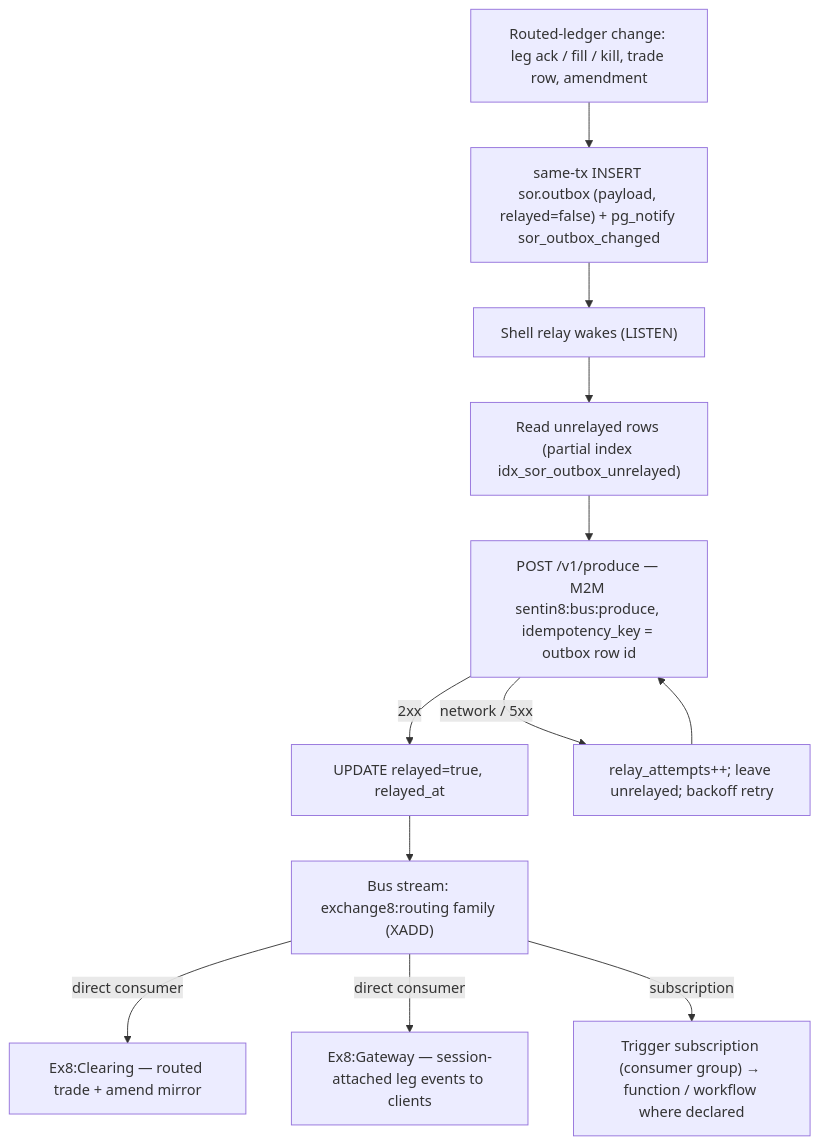
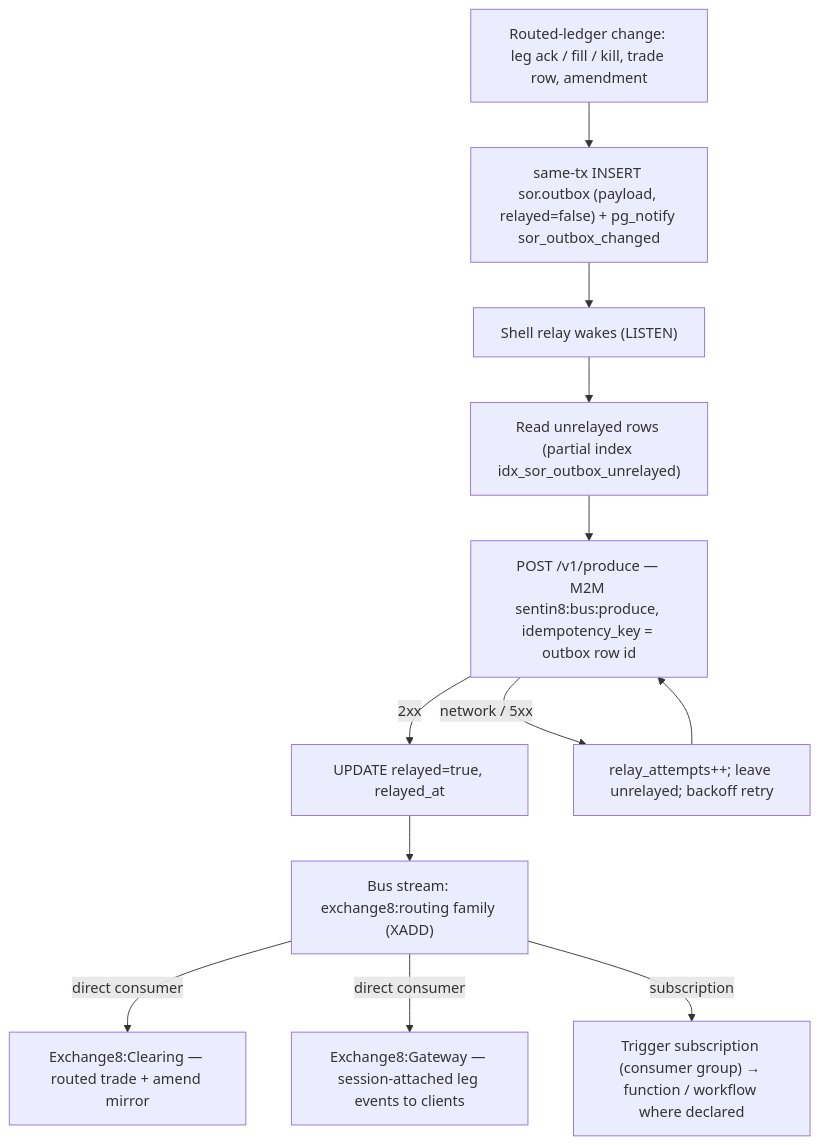
Diagram 12 of 16 in DESIGN.md (Exchange8-dev/exchange8-sor), drawn with Mermaid before and after one commit. The commit also changed other lines of this file and 8 other files, not shown here.

````diff
--- a/DESIGN.md
+++ b/DESIGN.md
@@ -552,14 +552,14 @@
 ```mermaid
 flowchart TD
     A["Routed-ledger change: leg ack / fill / kill, trade row, amendment"] --> B["same-tx INSERT sor.outbox (payload, relayed=false) + pg_notify sor_outbox_changed"]
     B --> C["Shell relay wakes (LISTEN)"]
     C --> D["Read unrelayed rows (partial index idx_sor_outbox_unrelayed)"]
     D --> E["POST /v1/produce — M2M sentin8:bus:produce, idempotency_key = outbox row id"]
     E -->|2xx| F["UPDATE relayed=true, relayed_at"]
     E -->|network / 5xx| G["relay_attempts++; leave unrelayed; backoff retry"]
     G --> E
     F --> H["Bus stream: exchange8:routing family (XADD)"]
-    H -->|direct consumer| I1["Ex8:Clearing — routed trade + amend mirror"]
-    H -->|direct consumer| I2["Ex8:Gateway — session-attached leg events to clients"]
+    H -->|direct consumer| I1["Exchange8:Clearing — routed trade + amend mirror"]
+    H -->|direct consumer| I2["Exchange8:Gateway — session-attached leg events to clients"]
     H -->|subscription| I3["Trigger subscription (consumer group) → function / workflow where declared"]
 ```
````
